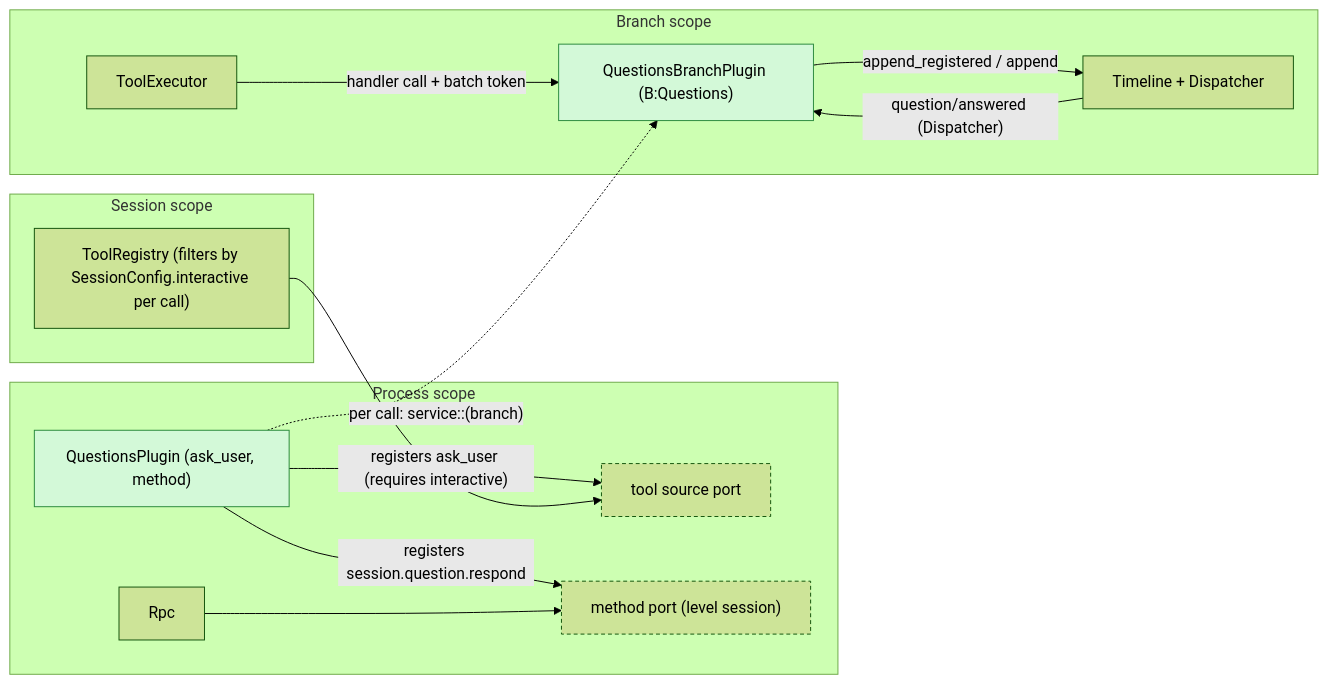
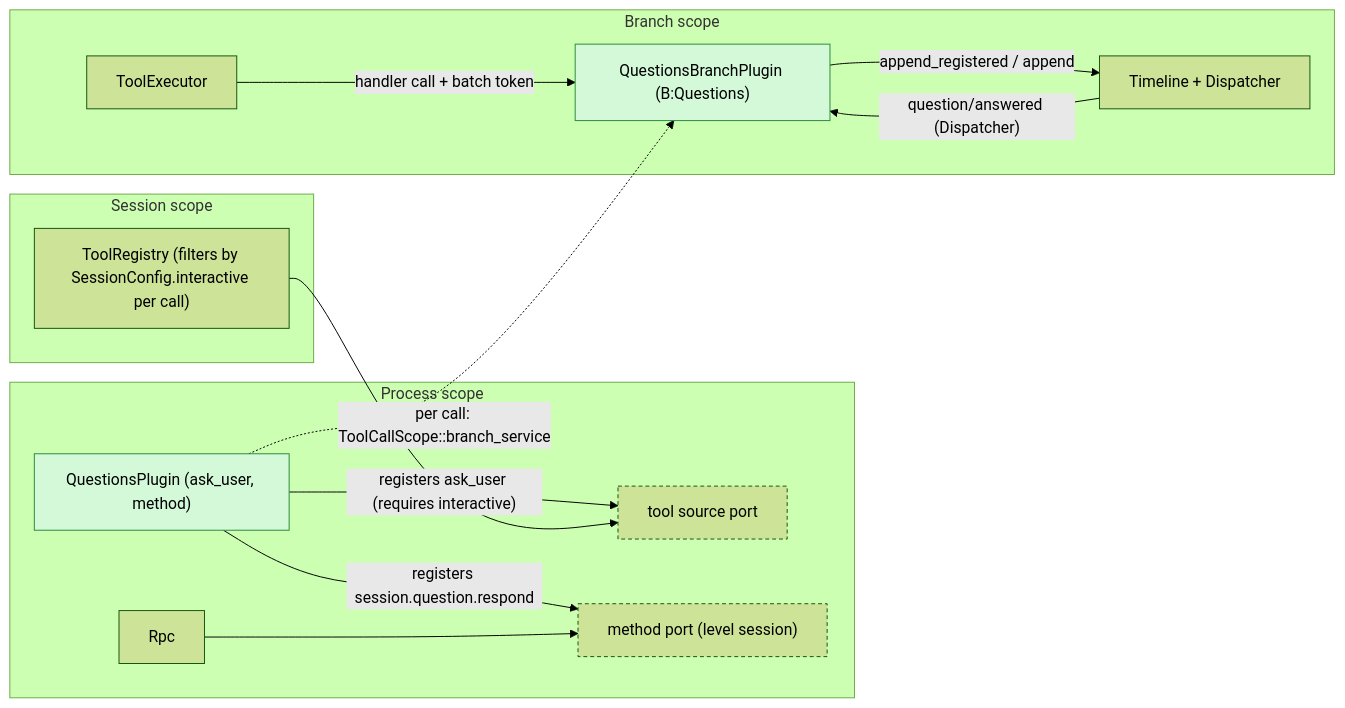
The first of 6 diagrams in docs/design/plugins/Questions.md (CoutinhoTTS/dim-agent), drawn with Mermaid (forest theme) before and after one commit. The commit also changed other lines of this file and 12 other files, not shown here.

````diff
--- a/docs/design/plugins/Questions.md
+++ b/docs/design/plugins/Questions.md
@@ -9,27 +9,27 @@
 ```mermaid
 flowchart LR
   subgraph P["Process scope"]
     QP["QuestionsPlugin (ask_user, method)"]:::new
     PT["tool source port"]:::contract
     MP["method port (level session)"]:::contract
     RPC["Rpc"]
   end
   subgraph S["Session scope"]
     TR["ToolRegistry (filters by SessionConfig.interactive per call)"]
   end
   subgraph B["Branch scope"]
     QB["QuestionsBranchPlugin (B:Questions)"]:::new
     TE["ToolExecutor"]
     TL["Timeline + Dispatcher"]
   end
   QP -- "registers ask_user (requires interactive)" --> PT
   TR --> PT
   QP -- "registers session.question.respond" --> MP
   RPC --> MP
-  QP -. "per call: service::<Questions>(branch)" .-> QB
+  QP -. "per call: ToolCallScope::branch_service" .-> QB
   TE -- "handler call + batch token" --> QB
   QB -- "append_registered / append" --> TL
   TL -- "question/answered (Dispatcher)" --> QB
   classDef new fill:#d3f9d8,stroke:#2b8a3e,color:#000
   classDef contract stroke-dasharray:4 3
 ```
````
